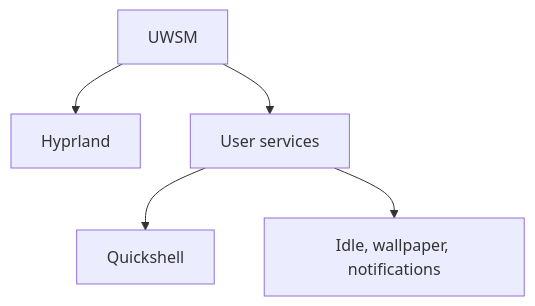
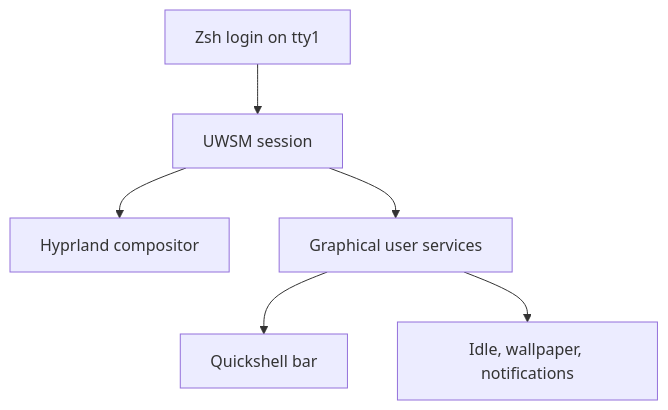
The diagram in docs/content/arch-desktop.md (sneivandt/dotfiles), drawn with Mermaid before and after one commit. The commit also changed 21 other files, not shown here.

````diff
--- a/docs/content/arch-desktop.md
+++ b/docs/content/arch-desktop.md
@@ -24,9 +24,10 @@
 ```mermaid
 flowchart TB
-    accTitle: Arch desktop session
-    accDescr: UWSM coordinates Hyprland and graphical-session services. Those services run the Quickshell interface and supporting desktop daemons.
-    UWSM["UWSM"] --> Hyprland["Hyprland"]
-    UWSM --> Services["User services"]
-    Services --> Shell["Quickshell"]
+    accTitle: Who starts the Arch desktop components
+    accDescr: The managed Zsh profile starts UWSM from tty1. UWSM starts Hyprland and manages graphical-session user services; these services run Quickshell, idle management, wallpaper, and notifications instead of using Hyprland autostart.
+    Login["Zsh login on tty1"] --> UWSM["UWSM session"]
+    UWSM --> Hyprland["Hyprland compositor"]
+    UWSM --> Services["Graphical user services"]
+    Services --> Shell["Quickshell bar"]
     Services --> Daemons["Idle, wallpaper, notifications"]
 ```
````
